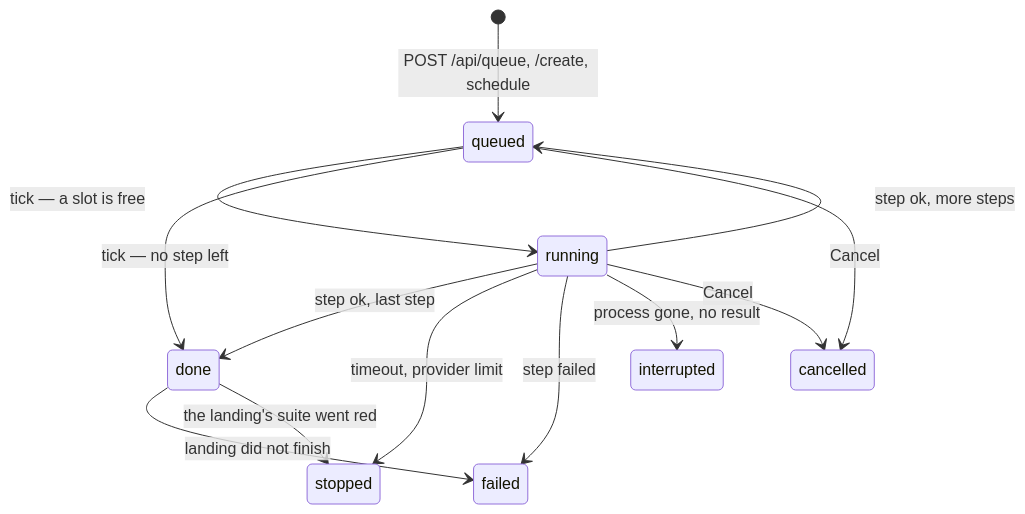
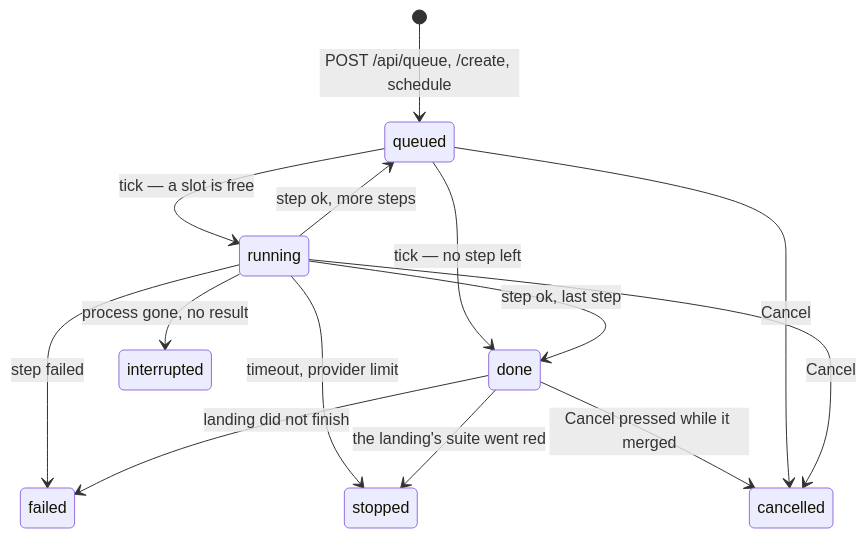
Before and after one commit to ragnarwestad/aide: the diagram in dashboard/docs/job-states.md, drawn with Mermaid. The commit also changed other lines of this file and 8 other files, not shown here.

````diff
--- a/dashboard/docs/job-states.md
+++ b/dashboard/docs/job-states.md
@@ -40,15 +40,16 @@
 ```mermaid
 stateDiagram-v2
     [*] --> queued: POST /api/queue, /create, schedule
     queued --> running: tick — a slot is free
     queued --> done: tick — no step left
     running --> queued: step ok, more steps
     running --> done: step ok, last step
     running --> stopped: timeout, provider limit
     running --> failed: step failed
     running --> interrupted: process gone, no result
     done --> failed: landing did not finish
     done --> stopped: the landing's suite went red
+    done --> cancelled: Cancel pressed while it merged
     queued --> cancelled: Cancel
     running --> cancelled: Cancel
 ```
````
